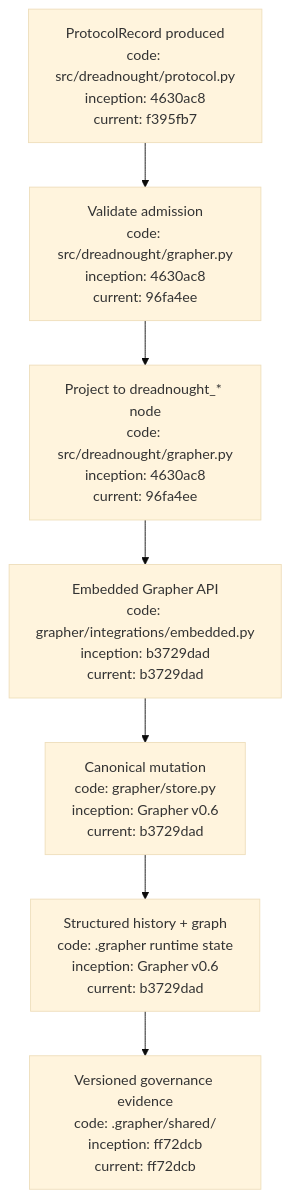
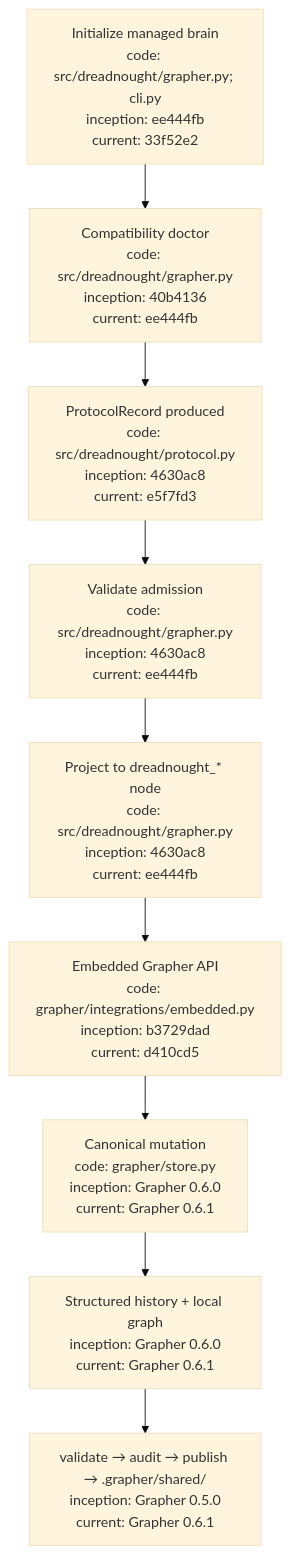
One commit to seanbman/dreadnought changed the second of 2 diagrams in docs/GRAPHER_INTEGRATION.md. Above: the diagram before and after it, drawn with Mermaid (base theme). The commit also changed other lines of this file, not shown here.

Commit message:
Document Grapher 0.6.1 brokering in Dreadnought

````diff
--- a/docs/GRAPHER_INTEGRATION.md
+++ b/docs/GRAPHER_INTEGRATION.md
@@ -41,9 +92,11 @@
 ```mermaid
 flowchart TD
-    P[ProtocolRecord produced\ncode: src/dreadnought/protocol.py\ninception: 4630ac8\ncurrent: f395fb7] --> V[Validate admission\ncode: src/dreadnought/grapher.py\ninception: 4630ac8\ncurrent: 96fa4ee]
-    V --> X[Project to dreadnought_* node\ncode: src/dreadnought/grapher.py\ninception: 4630ac8\ncurrent: 96fa4ee]
-    X --> E[Embedded Grapher API\ncode: grapher/integrations/embedded.py\ninception: b3729dad\ncurrent: b3729dad]
-    E --> M[Canonical mutation\ncode: grapher/store.py\ninception: Grapher v0.6\ncurrent: b3729dad]
-    M --> H[Structured history + graph\ncode: .grapher runtime state\ninception: Grapher v0.6\ncurrent: b3729dad]
-    H --> S[Versioned governance evidence\ncode: .grapher/shared/\ninception: ff72dcb\ncurrent: ff72dcb]
+    I["Initialize managed brain\ncode: src/dreadnought/grapher.py; cli.py\ninception: ee444fb\ncurrent: 33f52e2"] --> C["Compatibility doctor\ncode: src/dreadnought/grapher.py\ninception: 40b4136\ncurrent: ee444fb"]
+    C --> P["ProtocolRecord produced\ncode: src/dreadnought/protocol.py\ninception: 4630ac8\ncurrent: e5f7fd3"]
+    P --> V["Validate admission\ncode: src/dreadnought/grapher.py\ninception: 4630ac8\ncurrent: ee444fb"]
+    V --> X["Project to dreadnought_* node\ncode: src/dreadnought/grapher.py\ninception: 4630ac8\ncurrent: ee444fb"]
+    X --> E["Embedded Grapher API\ncode: grapher/integrations/embedded.py\ninception: b3729dad\ncurrent: d410cd5"]
+    E --> M["Canonical mutation\ncode: grapher/store.py\ninception: Grapher 0.6.0\ncurrent: Grapher 0.6.1"]
+    M --> H["Structured history + local graph\ninception: Grapher 0.6.0\ncurrent: Grapher 0.6.1"]
+    H --> S["validate → audit → publish → .grapher/shared/\ninception: Grapher 0.5.0\ncurrent: Grapher 0.6.1"]
 ```
````
